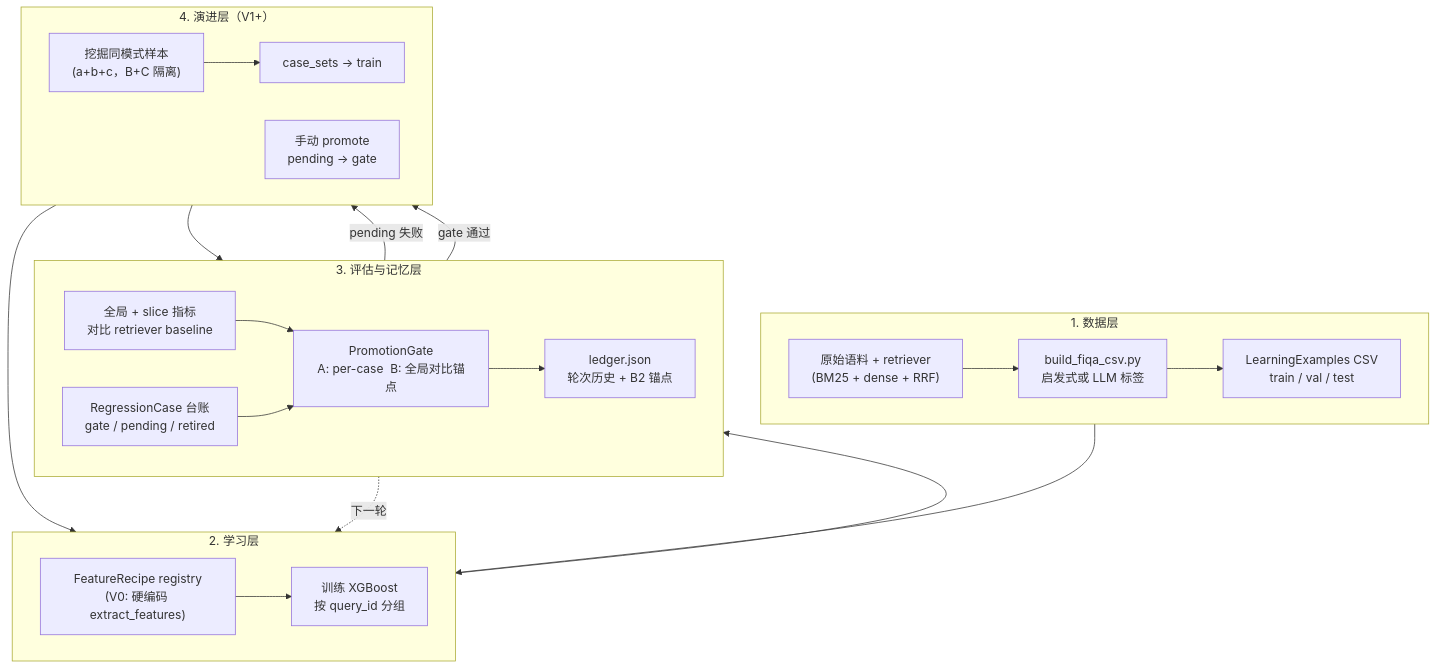
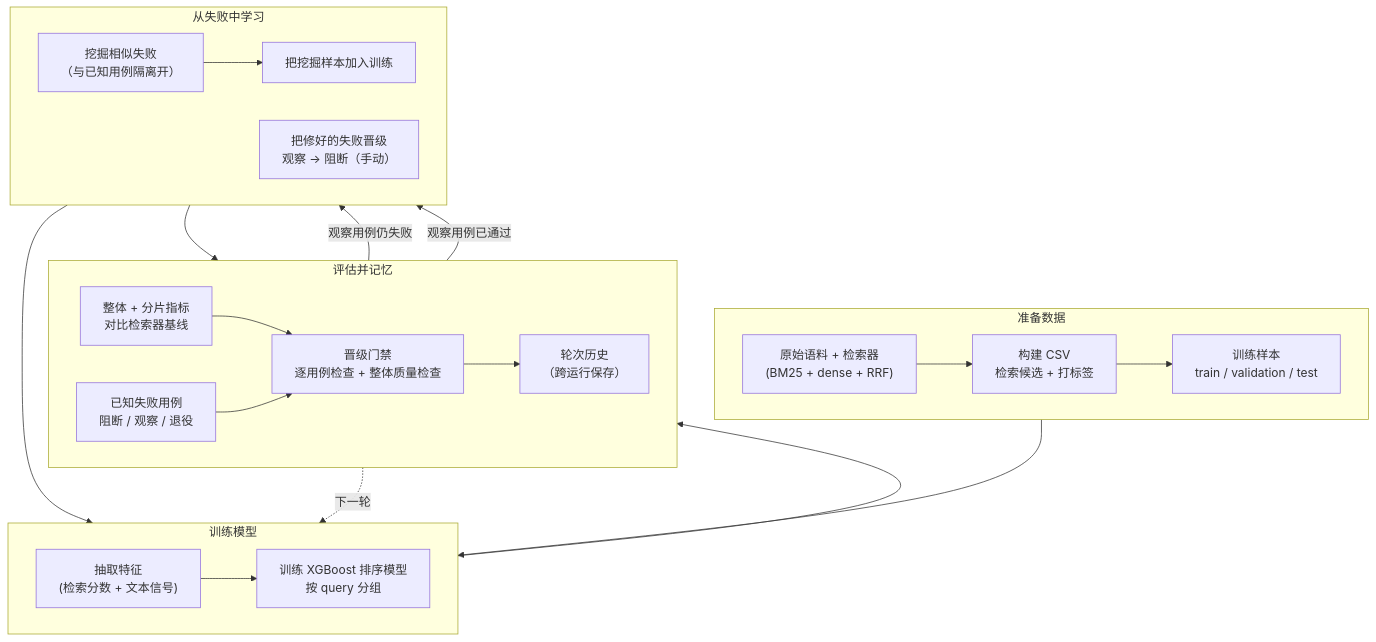
Before and after one commit to ansvver/heuriboost: the diagram in README.zh-CN.md, drawn with Mermaid. The commit also changed other lines of this file and 2 other files, not shown here.

````diff
--- a/README.zh-CN.md
+++ b/README.zh-CN.md
@@ -73,40 +73,40 @@
 ```mermaid
 flowchart TD
-  subgraph DATA["1. 数据层"]
+  subgraph DATA["准备数据"]
     direction LR
-    SRC["原始语料 + retriever<br/>(BM25 + dense + RRF)"]
-    BUILD["build_fiqa_csv.py<br/>启发式或 LLM 标签"]
-    CSV["LearningExamples CSV<br/>train / val / test"]
+    SRC["原始语料 + 检索器<br/>(BM25 + dense + RRF)"]
+    BUILD["构建 CSV<br/>检索候选 + 打标签"]
+    CSV["训练样本<br/>train / validation / test"]
     SRC --> BUILD --> CSV
   end
 
-  subgraph LEARN["2. 学习层"]
+  subgraph LEARN["训练模型"]
     direction LR
-    FEATS["FeatureRecipe registry<br/>(V0: 硬编码 extract_features)"]
-    TRAIN["训练 XGBoost<br/>按 query_id 分组"]
+    FEATS["抽取特征<br/>(检索分数 + 文本信号)"]
+    TRAIN["训练 XGBoost 排序模型<br/>按 query 分组"]
     CSV --> FEATS --> TRAIN
   end
 
-  subgraph EVAL["3. 评估与记忆层"]
+  subgraph EVAL["评估并记忆"]
     direction LR
-    METRICS["全局 + slice 指标<br/>对比 retriever baseline"]
-    CASES["RegressionCase 台账<br/>gate / pending / retired"]
-    GATE["PromotionGate<br/>A: per-case  B: 全局对比锚点"]
-    LEDGER["ledger.json<br/>轮次历史 + B2 锚点"]
+    METRICS["整体 + 分片指标<br/>对比检索器基线"]
+    CASES["已知失败用例<br/>阻断 / 观察 / 退役"]
+    GATE["晋级门禁<br/>逐用例检查 + 整体质量检查"]
+    LEDGER["轮次历史<br/>（跨运行保存）"]
     TRAIN --> METRICS
     METRICS --> GATE
     CASES --> GATE
     GATE --> LEDGER
   end
 
-  subgraph EVOLVE["4. 演进层（V1+）"]
+  subgraph EVOLVE["从失败中学习"]
     direction LR
-    MINE["挖掘同模式样本<br/>(a+b+c，B+C 隔离)"]
-    SETS["case_sets -> train"]
-    PROMOTE["手动 promote<br/>pending -> gate"]
-    LEDGER -->|pending 失败| MINE --> SETS --> FEATS
-    LEDGER -->|gate 通过| PROMOTE --> CASES
+    MINE["挖掘相似失败<br/>（与已知用例隔离开）"]
+    SETS["把挖掘样本加入训练"]
+    PROMOTE["把修好的失败晋级<br/>观察 -> 阻断（手动）"]
+    LEDGER -->|观察用例仍失败| MINE --> SETS --> FEATS
+    LEDGER -->|观察用例已通过| PROMOTE --> CASES
   end
 
   LEDGER -.下一轮.-> LEARN
 ```
````
